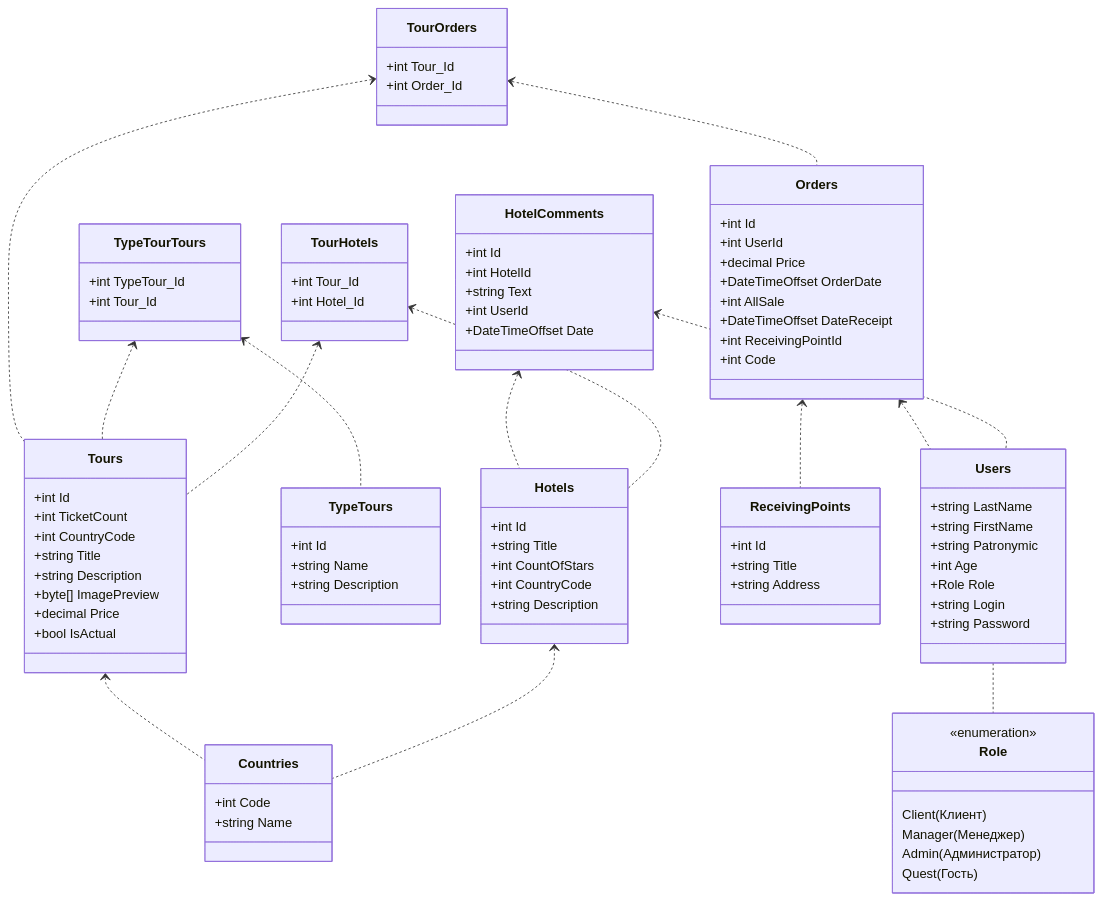
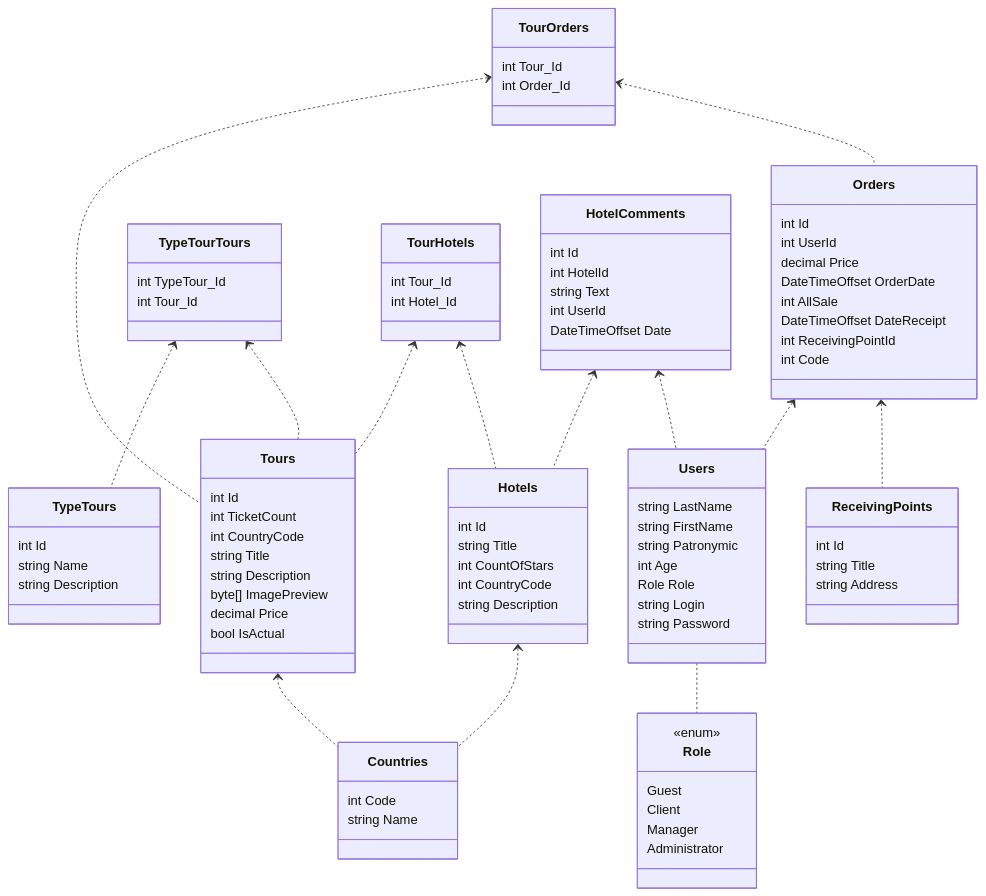
Before and after one commit to Darnion/ToursProject: the diagram in README.md, drawn with Mermaid.

````diff
--- a/README.md
+++ b/README.md
@@ -18,91 +18,91 @@
     TourOrders <.. Tours
     TourOrders <.. Orders
     Tours <.. Countries
+    TypeTourTours <.. TypeTours
     TypeTourTours <.. Tours
-    TypeTourTours <.. TypeTours
     Orders <.. Users
+    Hotels <.. Countries
+    TourHotels <.. Tours
+    TourHotels <.. Hotels
+    HotelComments <.. Hotels
+    HotelComments <.. Users
     Orders <.. ReceivingPoints
-    HotelComments <.. Users
-    HotelComments <.. Hotels
-    Hotels <.. Countries
-    TourHotels <.. Hotels
-    TourHotels <.. Tours
     Users .. Role
    
     class Users {
-        +string LastName
-        +string FirstName
-        +string Patronymic
-        +int Age
-        +Role Role
-        +string Login
-        +string Password
+        string LastName
+        string FirstName
+        string Patronymic
+        int Age
+        Role Role
+        string Login
+        string Password
     }
     class Countries {
-        +int Code
-        +string Name
+        int Code
+        string Name
     }
     class HotelComments {
-        +int Id
-        +int HotelId
-        +string Text
-        +int UserId
-        +DateTimeOffset Date
+        int Id
+        int HotelId
+        string Text
+        int UserId
+        DateTimeOffset Date
     }
     class Hotels {
-        +int Id
-        +string Title
-        +int CountOfStars
-        +int CountryCode
-        +string Description
+        int Id
+        string Title
+        int CountOfStars
+        int CountryCode
+        string Description
     }
     class TypeTours {
-        +int Id
-        +string Name
-        +string Description
+        int Id
+        string Name
+        string Description
     }
     class ReceivingPoints {
-        +int Id
-        +string Title
-        +string Address
+        int Id
+        string Title
+        string Address
     }
     class Orders {
-        +int Id
-        +int UserId
-        +decimal Price
-        +DateTimeOffset OrderDate
-        +int AllSale
-        +DateTimeOffset DateReceipt
-        +int ReceivingPointId
-        +int Code
+        int Id
+        int UserId
+        decimal Price
+        DateTimeOffset OrderDate
+        int AllSale
+        DateTimeOffset DateReceipt
+        int ReceivingPointId
+        int Code
     }
     class Tours {
-        +int Id
-        +int TicketCount
-        +int CountryCode
-        +string Title
-        +string Description
-        +byte[] ImagePreview
-        +decimal Price
-        +bool IsActual
+        int Id
+        int TicketCount
+        int CountryCode
+        string Title
+        string Description
+        byte[] ImagePreview
+        decimal Price
+        bool IsActual
     }
     class TourOrders {
-        +int Tour_Id
-        +int Order_Id        
+        int Tour_Id
+        int Order_Id        
     }
     class TourHotels {
-        +int Tour_Id
-        +int Hotel_Id        
+        int Tour_Id
+        int Hotel_Id        
     }
     class TypeTourTours {
-        +int TypeTour_Id
-        +int Tour_Id        
+        int TypeTour_Id
+        int Tour_Id        
     }
     class Role {
-        <<enumeration>>
-        Client(Клиент)
-        Manager(Менеджер)
-        Admin(Администратор)
-        Quest(Гость)
+        <<enum>>
+        Guest
+        Client
+        Manager
+        Administrator
     }
 ```
````
